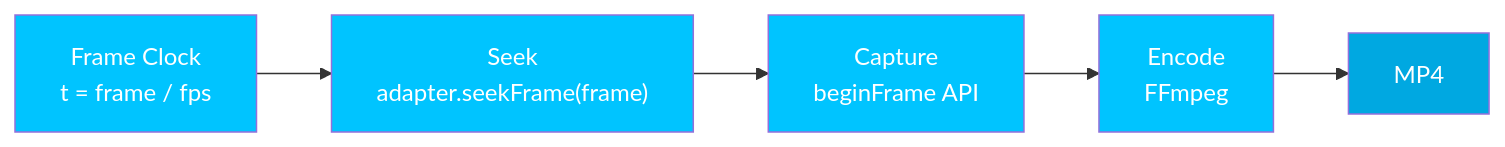
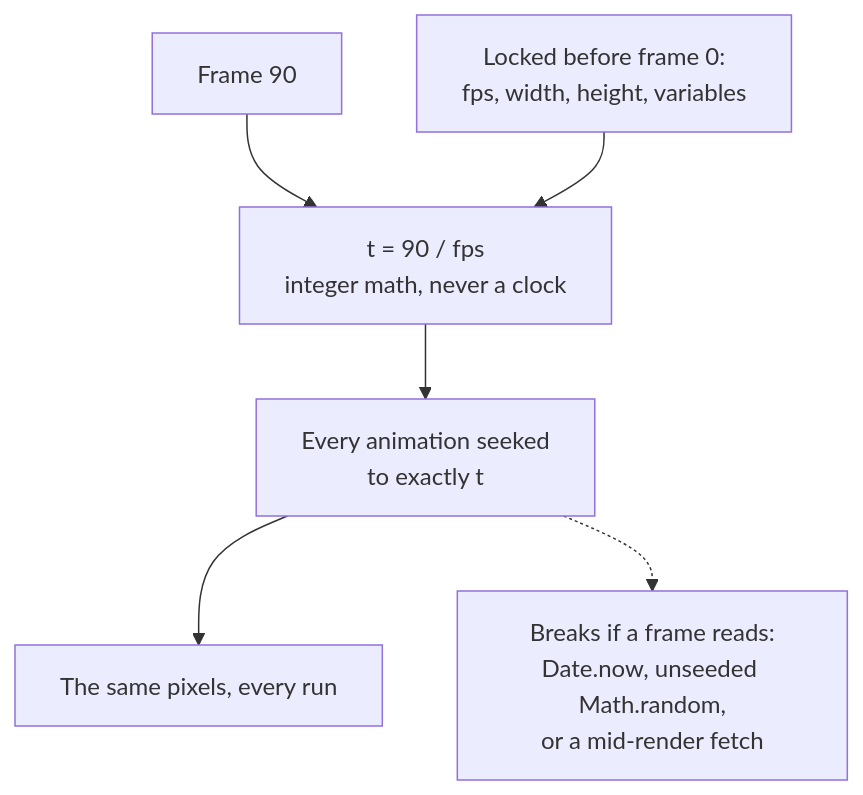
One commit to Zhan-ZhangZ/codexprojec changed the diagram in codex-skills/00_全局大管家/05_多媒体与设计资产/hyperframes/docs/concepts/determinism.mdx. Above: the diagram before and after it, drawn with Mermaid. The commit also changed other lines of this file and 3294 other files, not shown here.

````diff
--- a/codex-skills/00_全局大管家/05_多媒体与设计资产/hyperframes/docs/concepts/determinism.mdx
+++ b/codex-skills/00_全局大管家/05_多媒体与设计资产/hyperframes/docs/concepts/determinism.mdx
@@ -27,12 +16,8 @@
 ```mermaid
-graph LR
-    A["Frame Clock<br/>t = frame / fps"] --> B["Seek<br/>adapter.seekFrame(frame)"]
-    B --> C["Capture<br/>beginFrame API"]
-    C --> D["Encode<br/>FFmpeg"]
-    D --> E["MP4"]
-    style A fill:#00C4FF,color:#fff
-    style B fill:#00C4FF,color:#fff
-    style C fill:#00C4FF,color:#fff
-    style D fill:#00C4FF,color:#fff
-    style E fill:#00A8E1,color:#fff
+flowchart TD
+    F["Frame 90"] --> T
+    L["Locked before frame 0:<br/>fps, width, height, variables"] --> T
+    T["t = 90 / fps<br/>integer math, never a clock"] --> S["Every animation seeked<br/>to exactly t"]
+    S --> P["The same pixels, every run"]
+    S -.-> X["Breaks if a frame reads:<br/>Date.now, unseeded Math.random,<br/>or a mid-render fetch"]
 ```
````
